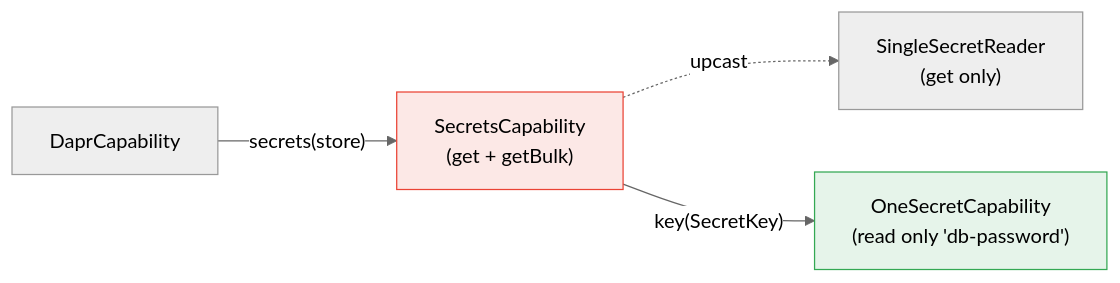
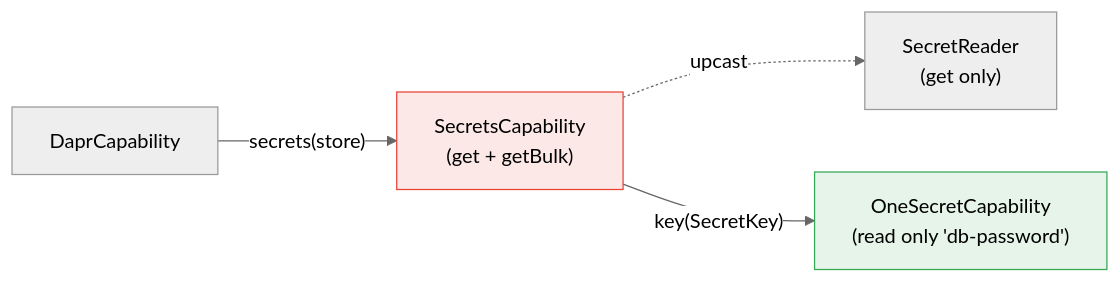
The eighth of 36 diagrams in docs/CAPABILITY-SPLITS.md (sideeffffect/dapr4s), drawn with Mermaid (neutral theme) before and after one commit. The commit also changed other lines of this file, not shown here.

````diff
--- a/docs/CAPABILITY-SPLITS.md
+++ b/docs/CAPABILITY-SPLITS.md
@@ -210,11 +210,11 @@
 ```mermaid
 flowchart LR
     D["DaprCapability"] -->|"secrets(store)"| S["SecretsCapability<br/>(get + getBulk)"]
-    S -. "upcast" .-> RO["SingleSecretReader<br/>(get only)"]
+    S -. "upcast" .-> RO["SecretReader<br/>(get only)"]
     S -->|"key(SecretKey)"| K["OneSecretCapability<br/>(read only 'db-password')"]
 
     classDef danger fill:#fce8e6,stroke:#ea4335;
     classDef safe fill:#e6f4ea,stroke:#34a853;
     class S danger;
     class K safe;
 ```
````
